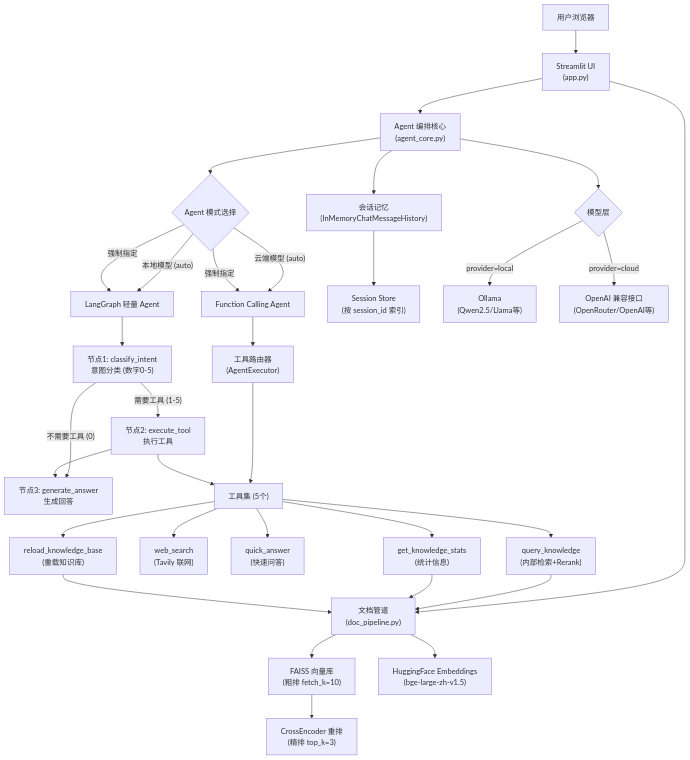
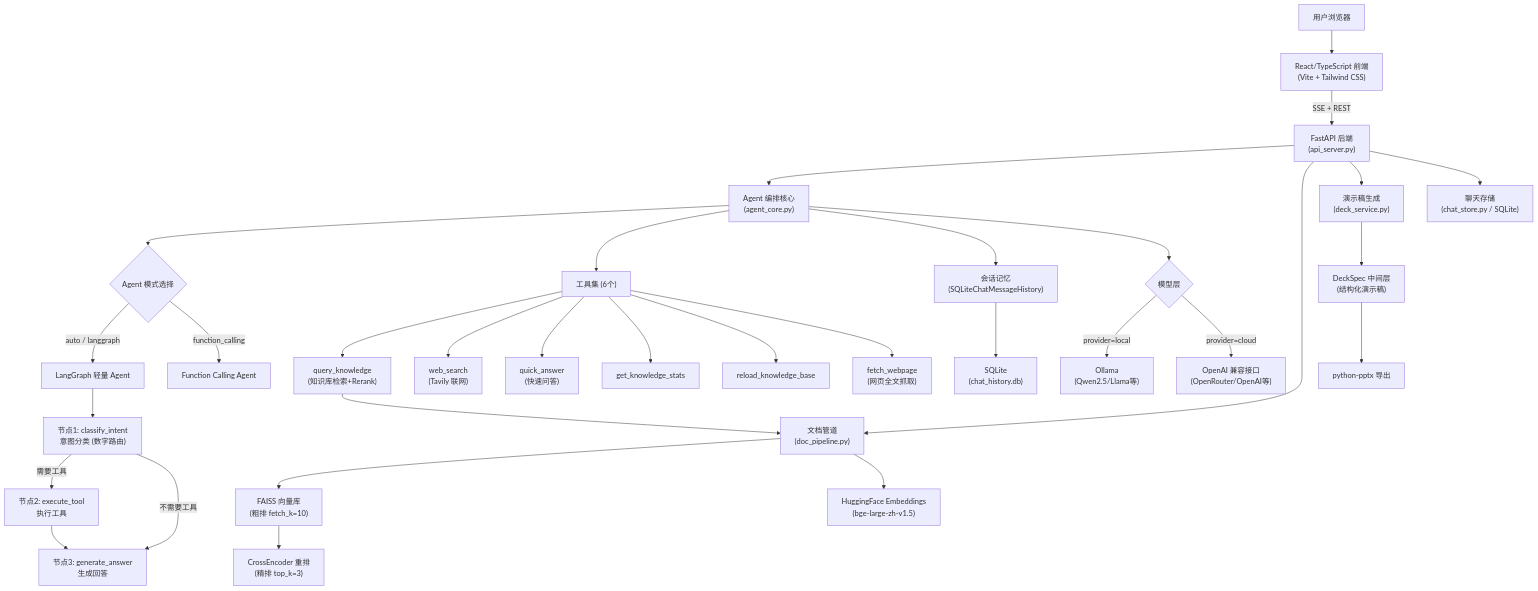
One commit to mzx866290-create/InsightDesk changed the diagram in 项目介绍.md. Above: the diagram before and after it, drawn with Mermaid. The commit also changed other lines of this file and 7688 other files, not shown here.

````diff
--- a/项目介绍.md
+++ b/项目介绍.md
@@ -22,43 +24,42 @@
 ```mermaid
 flowchart TD
-    User["用户浏览器"] --> UI["Streamlit UI<br/>(app.py)"]
-    UI --> AgentCore["Agent 编排核心<br/>(agent_core.py)"]
-    UI --> DocPipeline["文档管道<br/>(doc_pipeline.py)"]
-    
+    User["用户浏览器"] --> React["React/TypeScript 前端<br/>(Vite + Tailwind CSS)"]
+    React -->|"SSE + REST"| API["FastAPI 后端<br/>(api_server.py)"]
+
+    API --> AgentCore["Agent 编排核心<br/>(agent_core.py)"]
+    API --> DocPipeline["文档管道<br/>(doc_pipeline.py)"]
+    API --> DeckService["演示稿生成<br/>(deck_service.py)"]
+    API --> ChatStore["聊天存储<br/>(chat_store.py / SQLite)"]
+
     AgentCore --> ModeSelect{"Agent 模式选择"}
-    ModeSelect -->|"本地模型 (auto)"| LangGraph["LangGraph 轻量 Agent"]
-    ModeSelect -->|"云端模型 (auto)"| FunctionCall["Function Calling Agent"]
-    ModeSelect -->|"强制指定"| LangGraph
-    ModeSelect -->|"强制指定"| FunctionCall
-    
-    LangGraph --> ClassifyNode["节点1: classify_intent<br/>意图分类 (数字0-5)"]
-    ClassifyNode -->|"需要工具 (1-5)"| ExecuteNode["节点2: execute_tool<br/>执行工具"]
-    ClassifyNode -->|"不需要工具 (0)"| GenerateNode["节点3: generate_answer<br/>生成回答"]
+    ModeSelect -->|"auto / langgraph"| LangGraph["LangGraph 轻量 Agent"]
+    ModeSelect -->|"function_calling"| FunctionCall["Function Calling Agent"]
+
+    LangGraph --> ClassifyNode["节点1: classify_intent<br/>意图分类 (数字路由)"]
+    ClassifyNode -->|"需要工具"| ExecuteNode["节点2: execute_tool<br/>执行工具"]
+    ClassifyNode -->|"不需要工具"| GenerateNode["节点3: generate_answer<br/>生成回答"]
     ExecuteNode --> GenerateNode
-    
-    FunctionCall --> ToolRouter["工具路由器<br/>(AgentExecutor)"]
-    
-    ToolRouter --> Tools["工具集 (5个)"]
-    ExecuteNode --> Tools
-    
-    Tools --> KB["query_knowledge<br/>(内部检索+Rerank)"]
+
+    AgentCore --> Tools["工具集 (6个)"]
+    Tools --> KB["query_knowledge<br/>(知识库检索+Rerank)"]
     Tools --> Search["web_search<br/>(Tavily 联网)"]
     Tools --> Quick["quick_answer<br/>(快速问答)"]
-    Tools --> Stats["get_knowledge_stats<br/>(统计信息)"]
-    Tools --> Reload["reload_knowledge_base<br/>(重载知识库)"]
-    
+    Tools --> Stats["get_knowledge_stats"]
+    Tools --> Reload["reload_knowledge_base"]
+    Tools --> Fetch["fetch_webpage<br/>(网页全文抓取)"]
+
     KB --> DocPipeline
-    Stats --> DocPipeline
-    Reload --> DocPipeline
-    
     DocPipeline --> FAISS["FAISS 向量库<br/>(粗排 fetch_k=10)"]
     FAISS --> Rerank["CrossEncoder 重排<br/>(精排 top_k=3)"]
     DocPipeline --> Embed["HuggingFace Embeddings<br/>(bge-large-zh-v1.5)"]
-    
-    AgentCore --> Memory["会话记忆<br/>(InMemoryChatMessageHistory)"]
-    Memory --> SessionStore["Session Store<br/>(按 session_id 索引)"]
-    
+
+    AgentCore --> Memory["会话记忆<br/>(SQLiteChatMessageHistory)"]
+    Memory --> SQLite["SQLite<br/>(chat_history.db)"]
+
+    DeckService --> DeckSpec["DeckSpec 中间层<br/>(结构化演示稿)"]
+    DeckSpec --> PPTX["python-pptx 导出"]
+
     AgentCore --> LLM{"模型层"}
     LLM -->|"provider=local"| Ollama["Ollama<br/>(Qwen2.5/Llama等)"]
     LLM -->|"provider=cloud"| Cloud["OpenAI 兼容接口<br/>(OpenRouter/OpenAI等)"]
 ```
````
